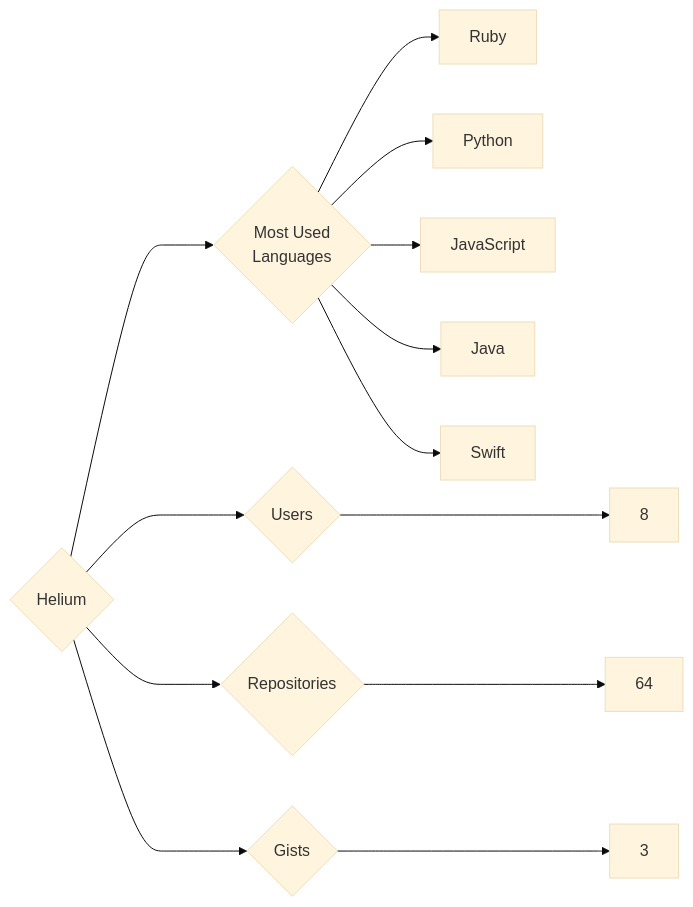
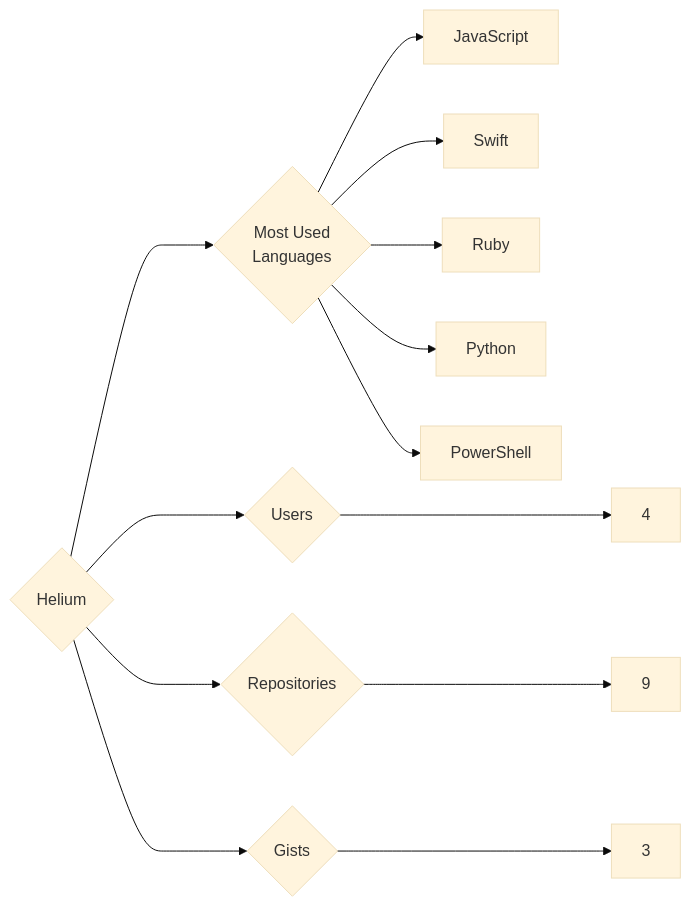
Before and after one commit to trickest/insiders: the diagram in targets/Helium/README.md, drawn with Mermaid (base theme). The commit also changed 997 other files, not shown here.

````diff
--- a/targets/Helium/README.md
+++ b/targets/Helium/README.md
@@ -3,13 +3,13 @@
 ```mermaid
 graph LR
 COMPANY_NAME{Helium}
-COMPANY_NAME ---> U{Users} ---> UN[8]
-COMPANY_NAME ---> R{Repositories} ---> RN[64]
+COMPANY_NAME ---> U{Users} ---> UN[4]
+COMPANY_NAME ---> R{Repositories} ---> RN[9]
 COMPANY_NAME ---> G{Gists} ---> GN[3]
 COMPANY_NAME ---> ML{Most Used<br>Languages}
+ML --> JavaScript[JavaScript]
+ML --> Swift[Swift]
 ML --> Ruby[Ruby]
 ML --> Python[Python]
-ML --> JavaScript[JavaScript]
-ML --> Java[Java]
-ML --> Swift[Swift]
+ML --> PowerShell[PowerShell]
 ```
````
